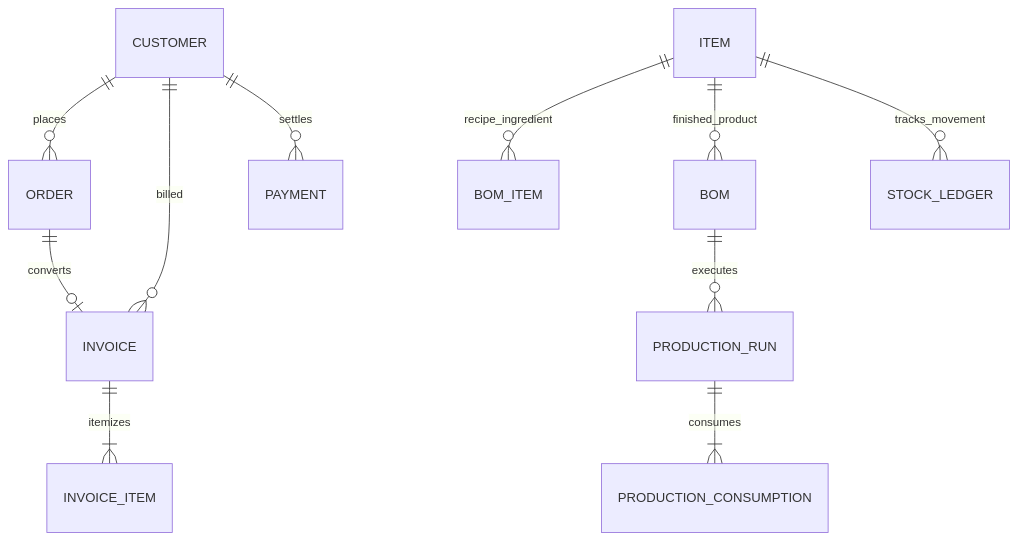
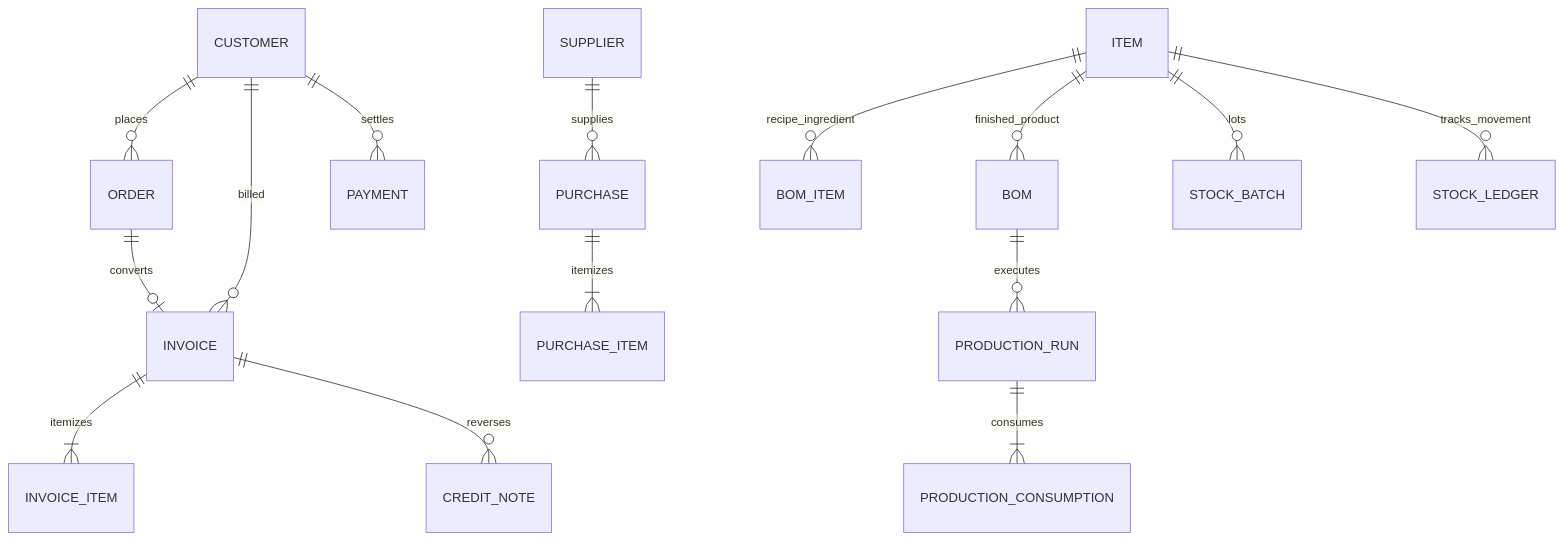
Before and after one commit to RohithRV2006/Nittin: the diagram in docs/DESIGN_NOTE.md, drawn with Mermaid. The commit also changed other lines of this file and 9 other files, not shown here.

Commit message:
docs: add comprehensive system architecture and business logic documentation

````diff
--- a/docs/DESIGN_NOTE.md
+++ b/docs/DESIGN_NOTE.md
@@ -13,13 +13,17 @@
 ```mermaid
 erDiagram
     CUSTOMER ||--o{ ORDER : places
     CUSTOMER ||--o{ INVOICE : billed
     CUSTOMER ||--o{ PAYMENT : settles
+    SUPPLIER ||--o{ PURCHASE : supplies
+    PURCHASE ||--|{ PURCHASE_ITEM : itemizes
     ORDER ||--o| INVOICE : converts
+    INVOICE ||--|{ INVOICE_ITEM : itemizes
+    INVOICE ||--o{ CREDIT_NOTE : reverses
     ITEM ||--o{ BOM_ITEM : recipe_ingredient
     ITEM ||--o{ BOM : finished_product
     BOM ||--o{ PRODUCTION_RUN : executes
     PRODUCTION_RUN ||--|{ PRODUCTION_CONSUMPTION : consumes
+    ITEM ||--o{ STOCK_BATCH : lots
     ITEM ||--o{ STOCK_LEDGER : tracks_movement
-    INVOICE ||--|{ INVOICE_ITEM : itemizes
 ```
````
